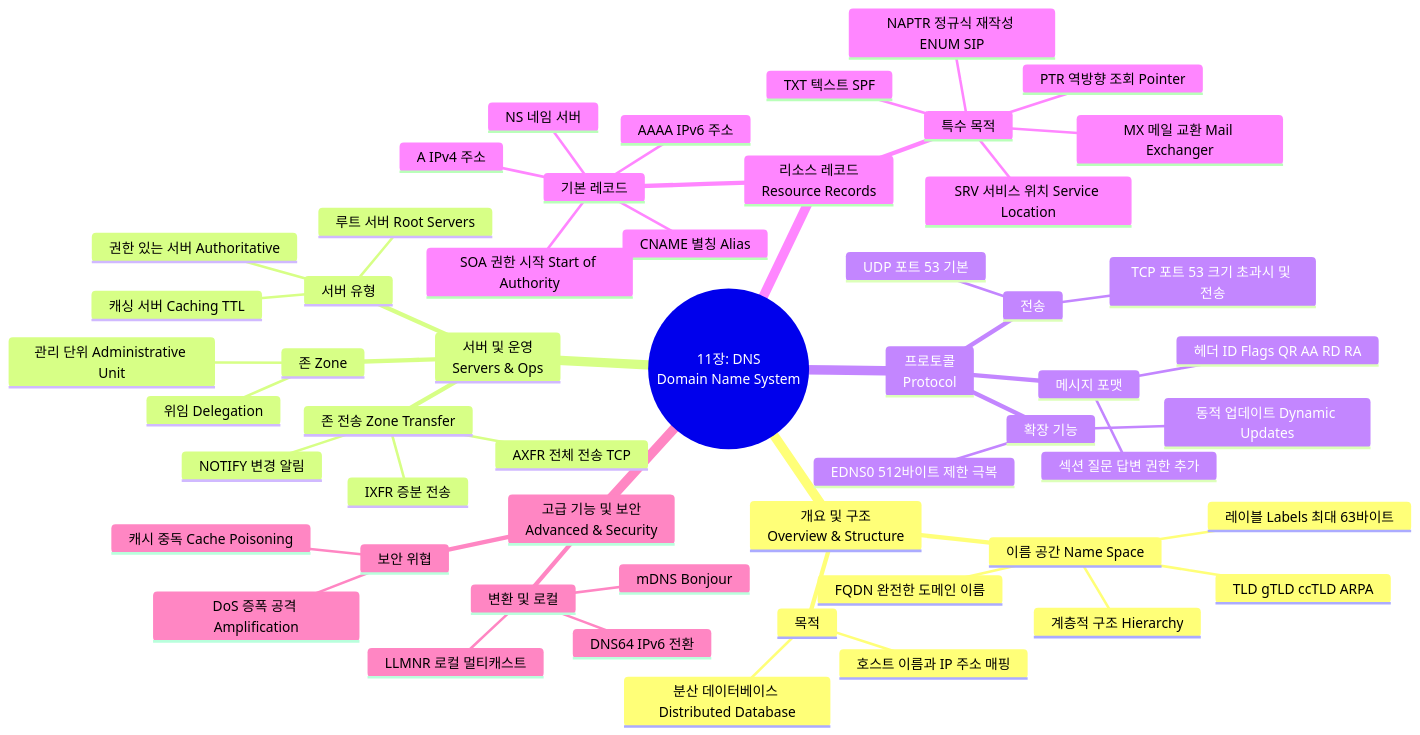
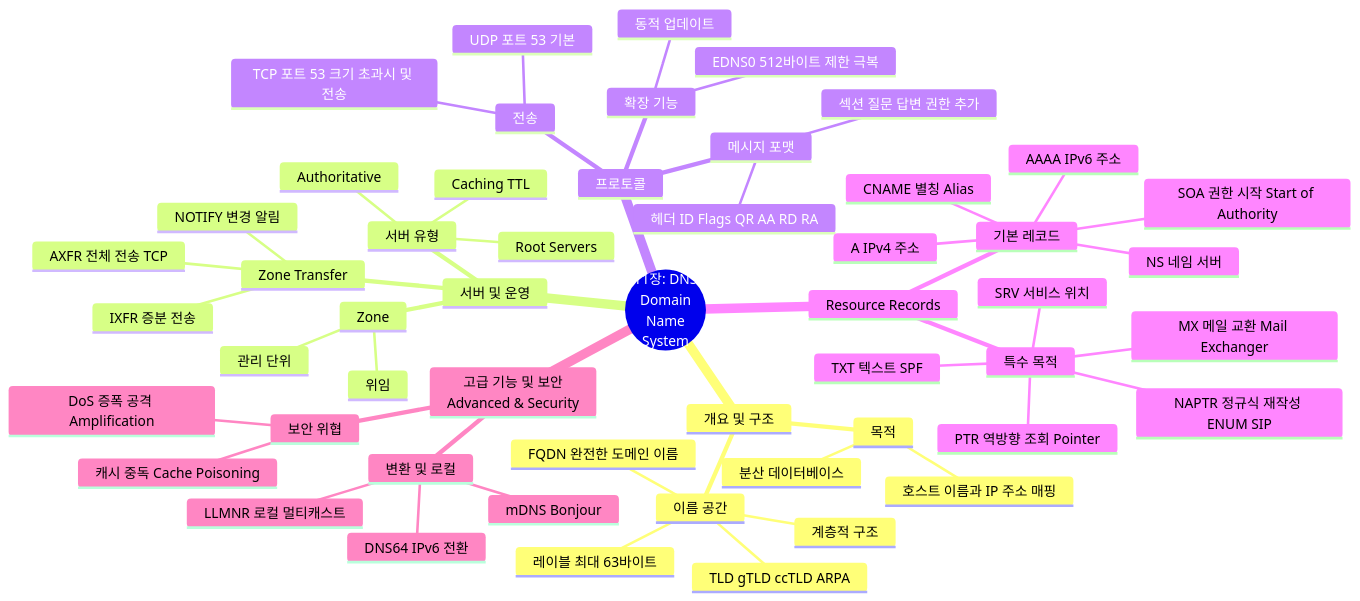
Before and after one commit to youngmin-gwon/what-i-studied: the diagram in 01_inbox/books/tcp_ip_illustrated_1/chapter11.md, drawn with Mermaid. The commit also changed other lines of this file and 10 other files, not shown here.

````diff
--- a/01_inbox/books/tcp_ip_illustrated_1/chapter11.md
+++ b/01_inbox/books/tcp_ip_illustrated_1/chapter11.md
@@ -13,56 +13,56 @@
 ```mermaid
 mindmap
-  root((11장: DNS<br>Domain Name System))
-    개요 및 구조<br>Overview & Structure
+  root((11장: DNS<br>Domain<br>Name<br>System))
+    개요 및 구조
       목적
         호스트 이름과 IP 주소 매핑
-        분산 데이터베이스 Distributed Database
-      이름 공간 Name Space
-        계층적 구조 Hierarchy
+        분산 데이터베이스
+      이름 공간
+        계층적 구조
         TLD gTLD ccTLD ARPA
-        레이블 Labels 최대 63바이트
+        레이블 최대 63바이트
         FQDN 완전한 도메인 이름
-    서버 및 운영<br>Servers & Ops
-      존 Zone
-        관리 단위 Administrative Unit
-        위임 Delegation
+    서버 및 운영
+      Zone
+        관리 단위
+        위임
       서버 유형
-        권한 있는 서버 Authoritative
-        캐싱 서버 Caching TTL
-        루트 서버 Root Servers
-      존 전송 Zone Transfer
+        Authoritative
+        Caching TTL
+        Root Servers
+      Zone Transfer
         AXFR 전체 전송 TCP
         IXFR 증분 전송
         NOTIFY 변경 알림
-    프로토콜<br>Protocol
+    프로토콜
       전송
         UDP 포트 53 기본
         TCP 포트 53 크기 초과시 및 전송
       메시지 포맷
         헤더 ID Flags QR AA RD RA
         섹션 질문 답변 권한 추가
       확장 기능
         EDNS0 512바이트 제한 극복
-        동적 업데이트 Dynamic Updates
-    리소스 레코드<br>Resource Records
+        동적 업데이트
+    Resource Records
       기본 레코드
         A IPv4 주소
         AAAA IPv6 주소
         NS 네임 서버
         CNAME 별칭 Alias
         SOA 권한 시작 Start of Authority
       특수 목적
         PTR 역방향 조회 Pointer
         MX 메일 교환 Mail Exchanger
         TXT 텍스트 SPF
-        SRV 서비스 위치 Service Location
+        SRV 서비스 위치
         NAPTR 정규식 재작성 ENUM SIP
     고급 기능 및 보안<br>Advanced & Security
       변환 및 로컬
         DNS64 IPv6 전환
         mDNS Bonjour
         LLMNR 로컬 멀티캐스트
       보안 위협
         캐시 중독 Cache Poisoning
         DoS 증폭 공격 Amplification
 ```
````
